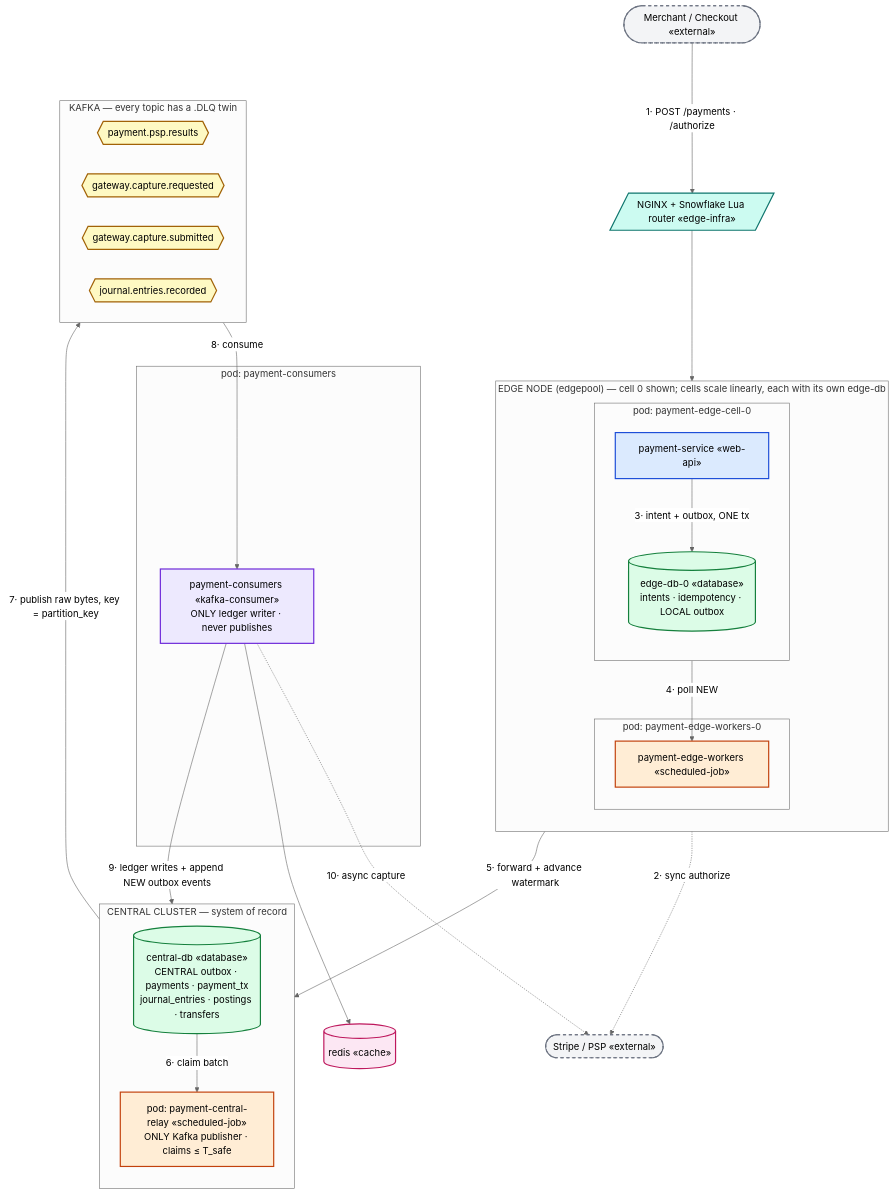
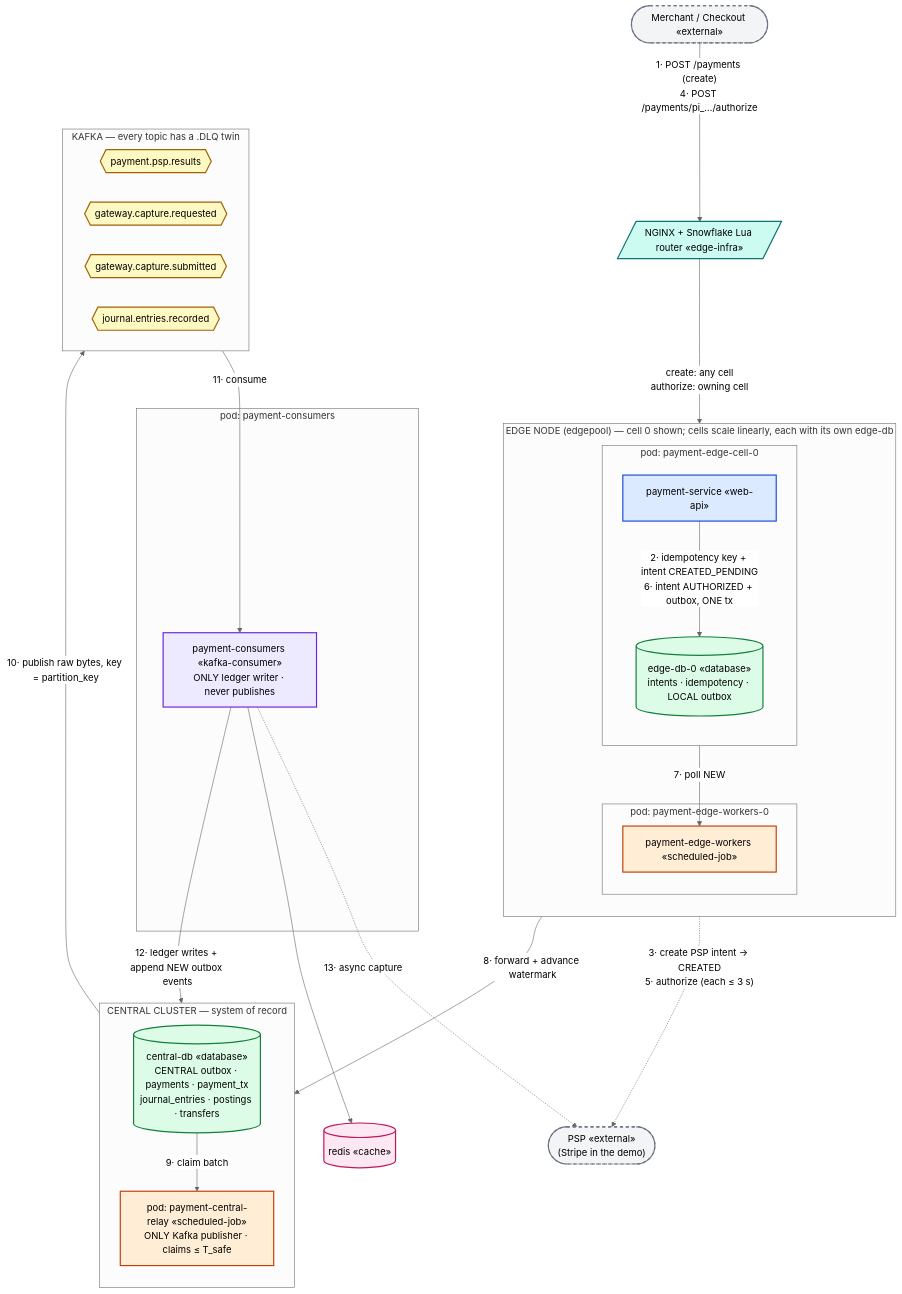
One commit to dcaglar/payment-platform-for-marketplaces changed the second of 6 diagrams in docs/architecture/architecture.md. Above: the diagram before and after it, drawn with Mermaid (neutral theme). The commit also changed other lines of this file and 53 other files, not shown here.

````diff
--- a/docs/architecture/architecture.md
+++ b/docs/architecture/architecture.md
@@ -27,59 +46,59 @@
 ```mermaid
 flowchart TB
     classDef webapi fill:#dbeafe,stroke:#1d4ed8,stroke-width:2px
     classDef job fill:#ffedd5,stroke:#c2410c,stroke-width:2px
     classDef consumer fill:#ede9fe,stroke:#6d28d9,stroke-width:2px
     classDef db fill:#dcfce7,stroke:#15803d,stroke-width:2px
     classDef cache fill:#fce7f3,stroke:#be185d,stroke-width:2px
     classDef topic fill:#fef9c3,stroke:#a16207,stroke-width:2px
     classDef external fill:#f3f4f6,stroke:#6b7280,stroke-width:2px,stroke-dasharray:5 5
     classDef infra fill:#ccfbf1,stroke:#0f766e,stroke-width:2px
 
     CLIENT(["Merchant / Checkout «external»"]):::external
     NGINX[/"NGINX + Snowflake Lua router «edge-infra»"/]:::infra
-    CLIENT -->|"1· POST /payments · /authorize"| NGINX
+    CLIENT -->|"1· POST /payments (create)<br/>4· POST /payments/pi_…/authorize"| NGINX
 
     subgraph EDGE["EDGE NODE (edgepool) — cell 0 shown; cells scale linearly, each with its own edge-db"]
         direction TB
         subgraph CELLPOD["pod: payment-edge-cell-0"]
             direction TB
             PS["payment-service «web-api»"]:::webapi
             EDB[("edge-db-0 «database»<br/>intents · idempotency · LOCAL outbox")]:::db
-            PS -->|"3· intent + outbox, ONE tx"| EDB
+            PS -->|"2· idempotency key + intent CREATED_PENDING<br/>6· intent AUTHORIZED + outbox, ONE tx"| EDB
         end
         subgraph EWPOD["pod: payment-edge-workers-0"]
             EW["payment-edge-workers «scheduled-job»"]:::job
         end
-        EDB -->|"4· poll NEW"| EW
+        EDB -->|"7· poll NEW"| EW
     end
-    NGINX --> PS
+    NGINX -->|"create: any cell<br/>authorize: owning cell"| PS
 
-    PSP(["Stripe / PSP «external»"]):::external
-    PS -.->|"2· sync authorize"| PSP
+    PSP(["PSP «external»<br/>(Stripe in the demo)"]):::external
+    PS -.->|"3· create PSP intent → CREATED<br/>5· authorize (each ≤ 3 s)"| PSP
 
     subgraph CENTRALDB["CENTRAL CLUSTER — system of record"]
         direction TB
         CDB[("central-db «database»<br/>CENTRAL outbox · payments · payment_tx<br/>journal_entries · postings · transfers")]:::db
         RELAY["pod: payment-central-relay «scheduled-job»<br/>ONLY Kafka publisher · claims ≤ T_safe"]:::job
-        CDB -->|"6· claim batch"| RELAY
+        CDB -->|"9· claim batch"| RELAY
     end
-    EW -->|"5· forward + advance watermark"| CDB
+    EW -->|"8· forward + advance watermark"| CDB
 
     subgraph KAFKA["KAFKA — every topic has a .DLQ twin"]
         direction LR
         T1{{"payment.psp.results"}}:::topic
         T2{{"gateway.capture.requested"}}:::topic
         T3{{"gateway.capture.submitted"}}:::topic
         T4{{"journal.entries.recorded"}}:::topic
     end
-    RELAY -->|"7· publish raw bytes, key = partition_key"| KAFKA
+    RELAY -->|"10· publish raw bytes, key = partition_key"| KAFKA
 
     subgraph CONS_BAND["pod: payment-consumers"]
         CONS["payment-consumers «kafka-consumer»<br/>ONLY ledger writer · never publishes"]:::consumer
     end
-    KAFKA -->|"8· consume"| CONS
+    KAFKA -->|"11· consume"| CONS
     REDIS[("redis «cache»")]:::cache
-    CONS -->|"9· ledger writes + append NEW outbox events"| CDB
-    CONS -.->|"10· async capture"| PSP
+    CONS -->|"12· ledger writes + append NEW outbox events"| CDB
+    CONS -.->|"13· async capture"| PSP
     CONS --> REDIS
 ```
````
